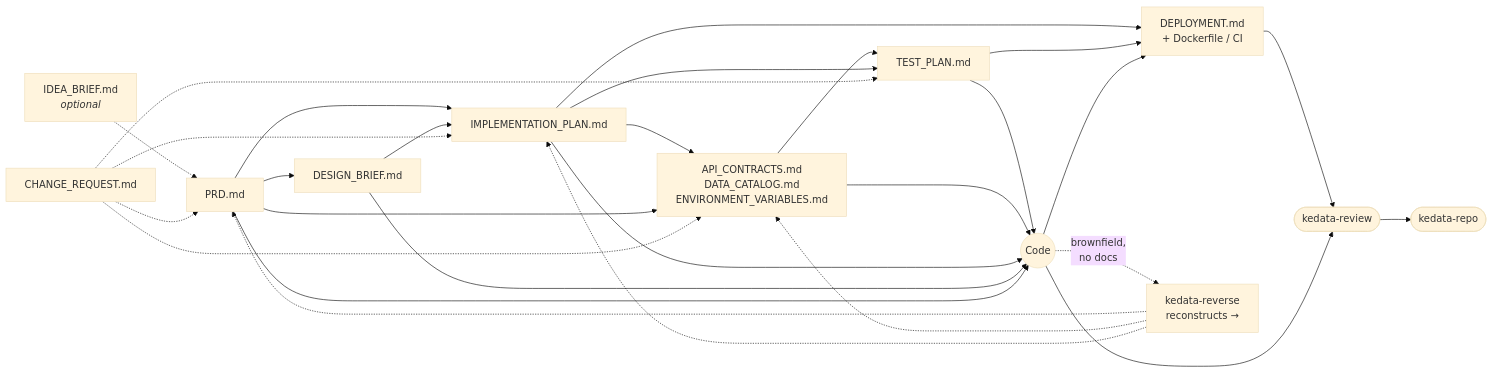
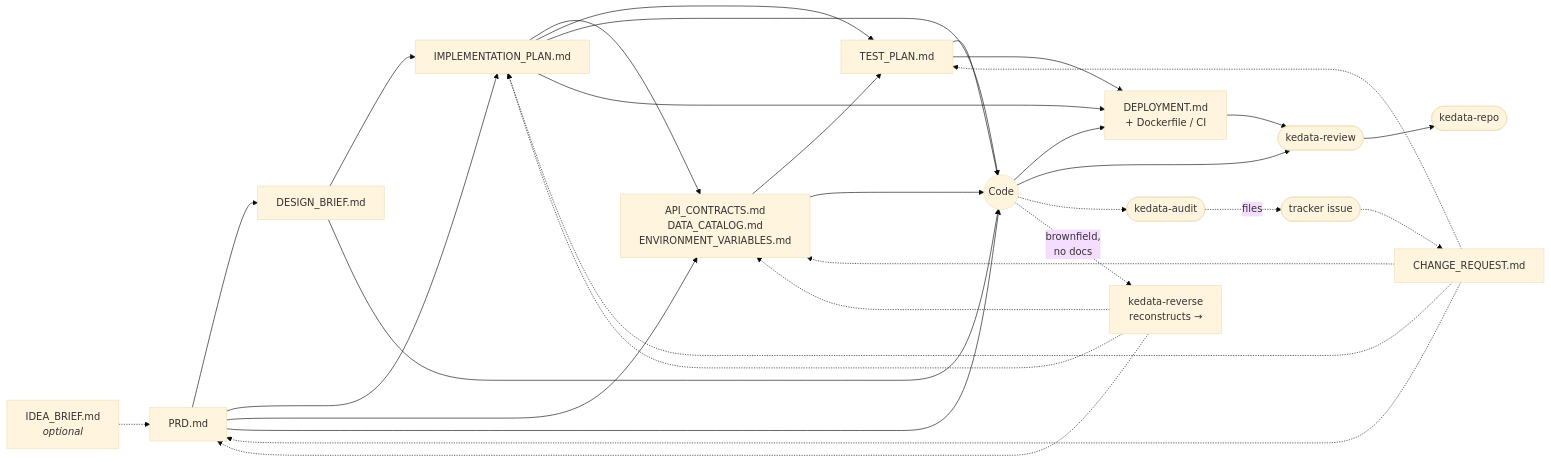
The second of 13 diagrams in PIPELINE_GUIDE.md (Kedata-Indonesia/vibeskills), drawn with Mermaid (base theme) before and after one commit. The commit also changed other lines of this file, not shown here.

First line of the commit message:
docs(guide): add kedata-audit to the big-picture and artifact diagrams

````diff
--- a/PIPELINE_GUIDE.md
+++ b/PIPELINE_GUIDE.md
@@ -71,32 +79,36 @@
 ```mermaid
 flowchart LR
     IDEA["IDEA_BRIEF.md<br/><i>optional</i>"] -.-> PRD["PRD.md"]
     PRD --> BRIEF["DESIGN_BRIEF.md"]
     PRD --> PLAN["IMPLEMENTATION_PLAN.md"]
     BRIEF --> PLAN
     PLAN --> CON["API_CONTRACTS.md<br/>DATA_CATALOG.md<br/>ENVIRONMENT_VARIABLES.md"]
     PRD --> CON
     CON --> TEST["TEST_PLAN.md"]
     PLAN --> TEST
     TEST --> CODE(("Code"))
     CON --> CODE
     PLAN --> CODE
     BRIEF --> CODE
     PRD --> CODE
     PLAN --> DEP["DEPLOYMENT.md<br/>+ Dockerfile / CI"]
     TEST --> DEP
     CODE --> DEP
     DEP --> REV(["kedata-review"])
     CODE --> REV
     REV --> REPO(["kedata-repo"])
 
     CHG["CHANGE_REQUEST.md"] -.-> PRD
     CHG -.-> PLAN
     CHG -.-> CON
     CHG -.-> TEST
 
+    AUD(["kedata-audit"]) -.->|"files"| ISS(["tracker issue"])
+    ISS -.-> CHG
+    CODE -.-> AUD
+
     CODE -.->|"brownfield,<br/>no docs"| RVS["kedata-reverse<br/>reconstructs →"]
     RVS -.-> PRD
     RVS -.-> CON
     RVS -.-> PLAN
 ```
````
